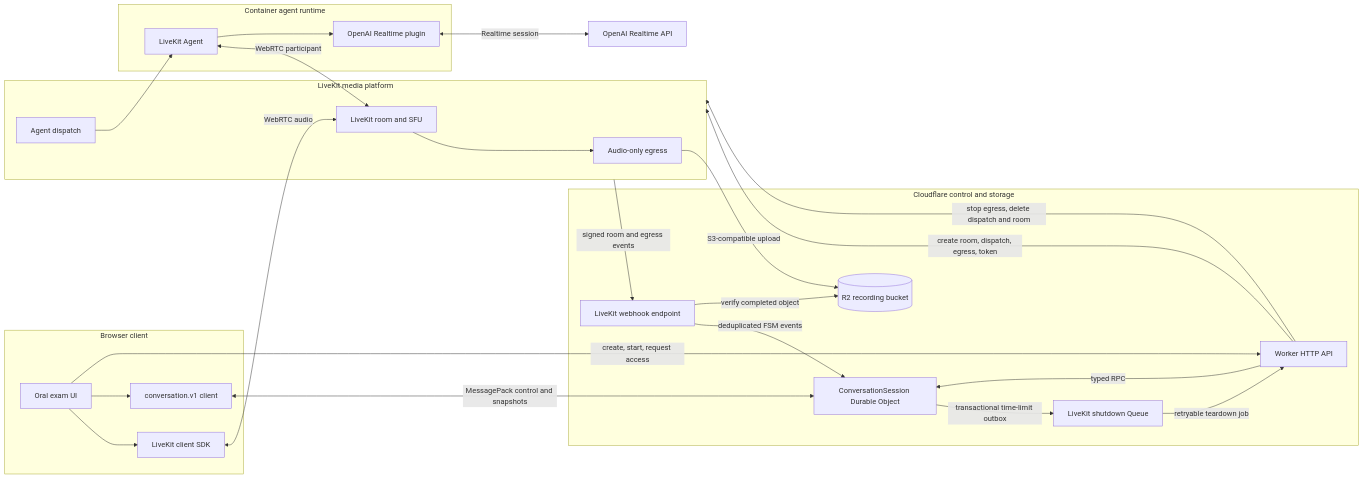
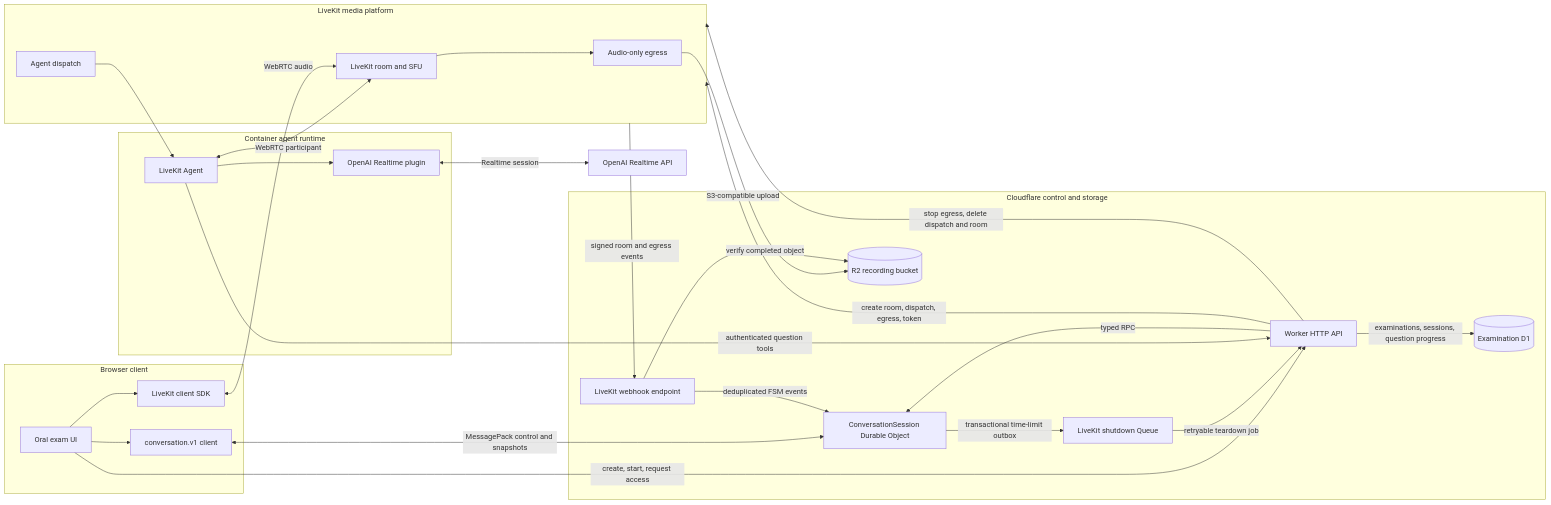
Before and after one commit to writemorecode/cloudflare_openai_realtime_voice: the first of 2 diagrams in docs/livekit-architecture.md, drawn with Mermaid. The commit also changed other lines of this file and 3 other files, not shown here.

````diff
--- a/docs/livekit-architecture.md
+++ b/docs/livekit-architecture.md
@@ -22,49 +22,52 @@
 ```mermaid
 flowchart LR
     subgraph Client[Browser client]
         UI[Oral exam UI]
         LKClient[LiveKit client SDK]
         ControlClient[conversation.v1 client]
     end
 
     subgraph Cloudflare[Cloudflare control and storage]
         Worker[Worker HTTP API]
         Webhook[LiveKit webhook endpoint]
         DO[ConversationSession Durable Object]
+        ExamDB[(Examination D1)]
         ShutdownQueue[LiveKit shutdown Queue]
         R2[(R2 recording bucket)]
     end
 
     subgraph LiveKit[LiveKit media platform]
         Room[LiveKit room and SFU]
         Dispatch[Agent dispatch]
         Egress[Audio-only egress]
     end
 
     subgraph AgentRuntime[Container agent runtime]
         Agent[LiveKit Agent]
         Adapter[OpenAI Realtime plugin]
     end
 
     OpenAI[OpenAI Realtime API]
 
     UI --> LKClient
     UI --> ControlClient
     LKClient <-->|WebRTC audio| Room
     ControlClient <-->|MessagePack control and snapshots| DO
     UI -->|create, start, request access| Worker
+    Worker -->|examinations, sessions, question progress| ExamDB
     Worker -->|typed RPC| DO
     DO -->|transactional time-limit outbox| ShutdownQueue
     ShutdownQueue -->|retryable teardown job| Worker
     Worker -->|create room, dispatch, egress, token| LiveKit
     Worker -->|stop egress, delete dispatch and room| LiveKit
     LiveKit -->|signed room and egress events| Webhook
     Webhook -->|deduplicated FSM events| DO
     Dispatch --> Agent
     Agent <-->|WebRTC participant| Room
     Agent --> Adapter
+    Agent -->|authenticated question tools| Worker
     Adapter <-->|Realtime session| OpenAI
     Room --> Egress
     Egress -->|S3-compatible upload| R2
     Webhook -->|verify completed object| R2
 ```
````
